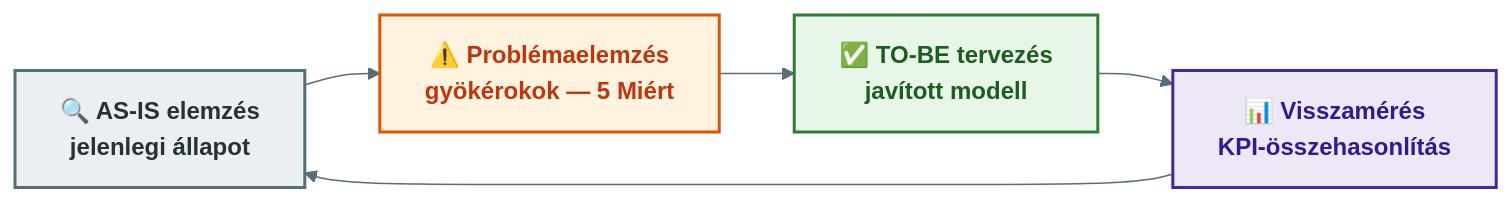
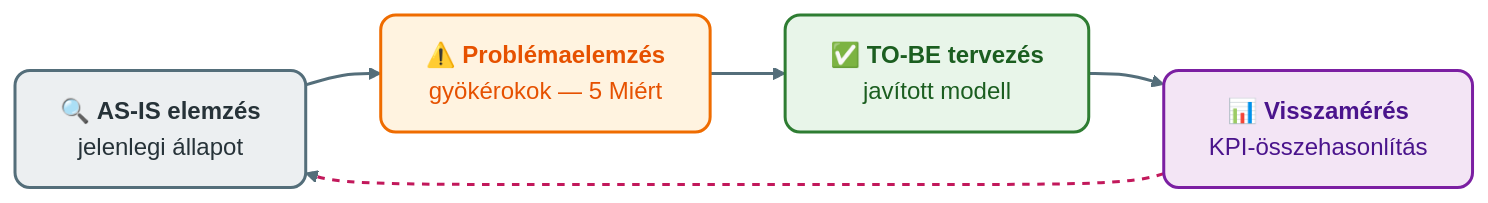
Before and after one commit to denespocsik/MM_BSC_Zarovizsga: the diagram in Tételek/V03-GMXSF2MBLF-Üzleti folyamatok mérése és optimalizálása.tétel.md, drawn with Mermaid. The commit also changed 34 other files, not shown here.

First line of the commit message:
style(tételek): egységes vizuális arculat a Mermaid-diagramokhoz

````diff
--- a/Tételek/V03-GMXSF2MBLF-Üzleti folyamatok mérése és optimalizálása.tétel.md
+++ b/Tételek/V03-GMXSF2MBLF-Üzleti folyamatok mérése és optimalizálása.tétel.md
@@ -43,13 +43,15 @@
 ```mermaid
-%%{init: {'theme': 'base', 'themeVariables': {'primaryColor': '#E3F2FD', 'primaryBorderColor': '#1565C0', 'lineColor': '#546E7A', 'edgeLabelBackground': '#F5F5F5'}}}%%
 flowchart LR
-    classDef asis    fill:#ECEFF1,stroke:#546E7A,stroke-width:2px,color:#263238,font-weight:bold
-    classDef problem fill:#FFF3E0,stroke:#E65100,stroke-width:2px,color:#BF360C,font-weight:bold
-    classDef tobe    fill:#E8F5E9,stroke:#2E7D32,stroke-width:2px,color:#1B5E20,font-weight:bold
-    classDef measure fill:#EDE7F6,stroke:#4527A0,stroke-width:2px,color:#311B92,font-weight:bold
+    A["🔍 <b>AS-IS elemzés</b><br/>jelenlegi állapot"]:::szurke --> B["⚠️ <b>Problémaelemzés</b><br/>gyökérokok — 5 Miért"]:::narancs
+    B --> C["✅ <b>TO-BE tervezés</b><br/>javított modell"]:::zold
+    C --> D["📊 <b>Visszamérés</b><br/>KPI-összehasonlítás"]:::lila
+    D --> A
 
-    A["🔍 AS-IS elemzés<br/>jelenlegi állapot"]:::asis --> B["⚠️ Problémaelemzés<br/>gyökérokok — 5 Miért"]:::problem
-    B --> C["✅ TO-BE tervezés<br/>javított modell"]:::tobe
-    C --> D["📊 Visszamérés<br/>KPI-összehasonlítás"]:::measure
-    D --> A
+    classDef zold    fill:#e8f5e9,stroke:#2e7d32,stroke-width:2px,color:#1b5e20,rx:10,ry:10;
+    classDef narancs fill:#fff3e0,stroke:#ef6c00,stroke-width:2px,color:#e65100,rx:10,ry:10;
+    classDef lila    fill:#f3e5f5,stroke:#7b1fa2,stroke-width:2px,color:#4a148c,rx:10,ry:10;
+    classDef szurke  fill:#eceff1,stroke:#546e7a,stroke-width:2px,color:#263238,rx:10,ry:10;
+
+    linkStyle default stroke:#546e7a,stroke-width:2px;
+    linkStyle 3 stroke:#c2185b,stroke-width:2px,stroke-dasharray: 5 5;
 ```
````
